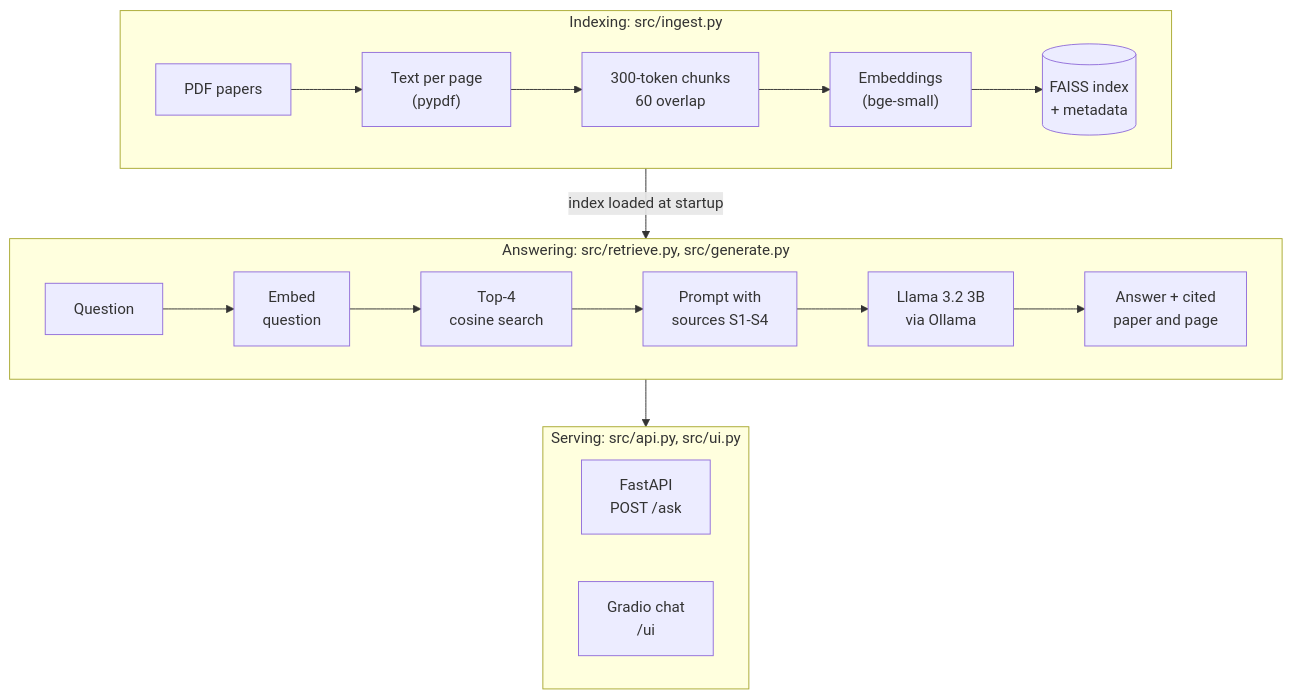
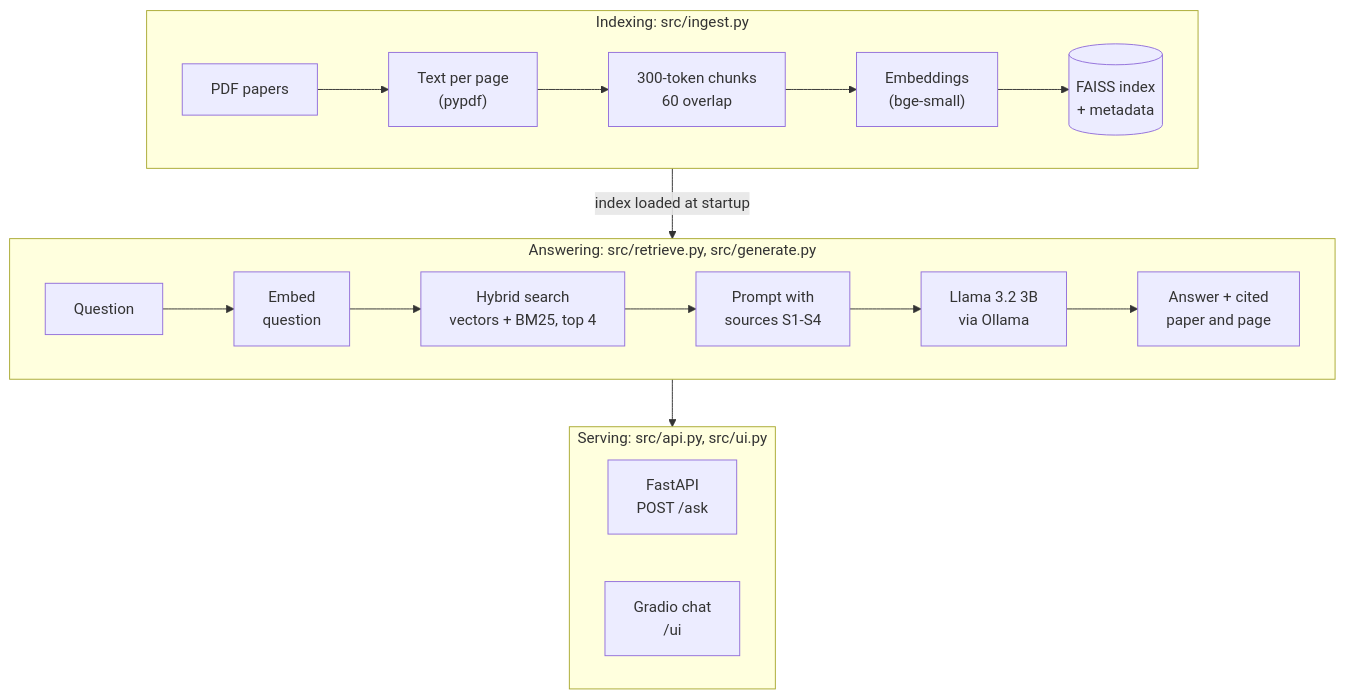
One commit to FayazAbrar20/paper-rag changed the diagram in README.md. Above: the diagram before and after it, drawn with Mermaid. The commit also changed other lines of this file and 10 other files, not shown here.

First line of the commit message:
Add hybrid search (vectors + BM25 with Reciprocal Rank Fusion) as the default

````diff
--- a/README.md
+++ b/README.md
@@ -22,18 +22,18 @@
 ```mermaid
 flowchart TB
     subgraph Indexing["Indexing: src/ingest.py"]
         direction LR
         A[PDF papers] --> B["Text per page<br/>(pypdf)"] --> C["300-token chunks<br/>60 overlap"] --> D["Embeddings<br/>(bge-small)"] --> E[("FAISS index<br/>+ metadata")]
     end
     subgraph Answering["Answering: src/retrieve.py, src/generate.py"]
         direction LR
-        Q[Question] --> F["Embed<br/>question"] --> G["Top-4<br/>cosine search"] --> H["Prompt with<br/>sources S1-S4"] --> I["Llama 3.2 3B<br/>via Ollama"] --> J["Answer + cited<br/>paper and page"]
+        Q[Question] --> F["Embed<br/>question"] --> G["Hybrid search<br/>vectors + BM25, top 4"] --> H["Prompt with<br/>sources S1-S4"] --> I["Llama 3.2 3B<br/>via Ollama"] --> J["Answer + cited<br/>paper and page"]
     end
     subgraph Serving["Serving: src/api.py, src/ui.py"]
         direction LR
         K["FastAPI<br/>POST /ask"]
         L["Gradio chat<br/>/ui"]
     end
     Indexing -- "index loaded at startup" --> Answering
     Answering --> Serving
 ```
````
